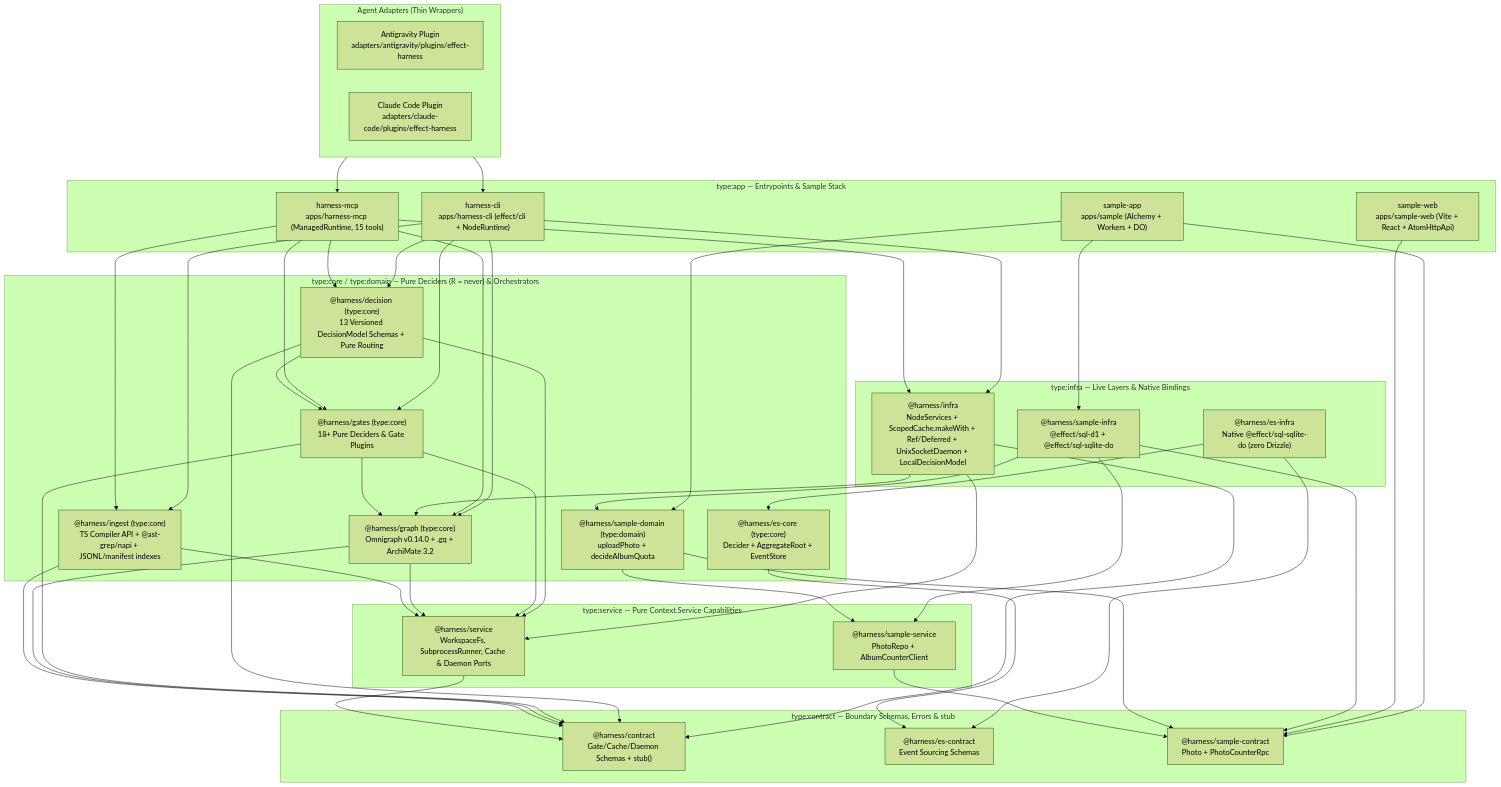
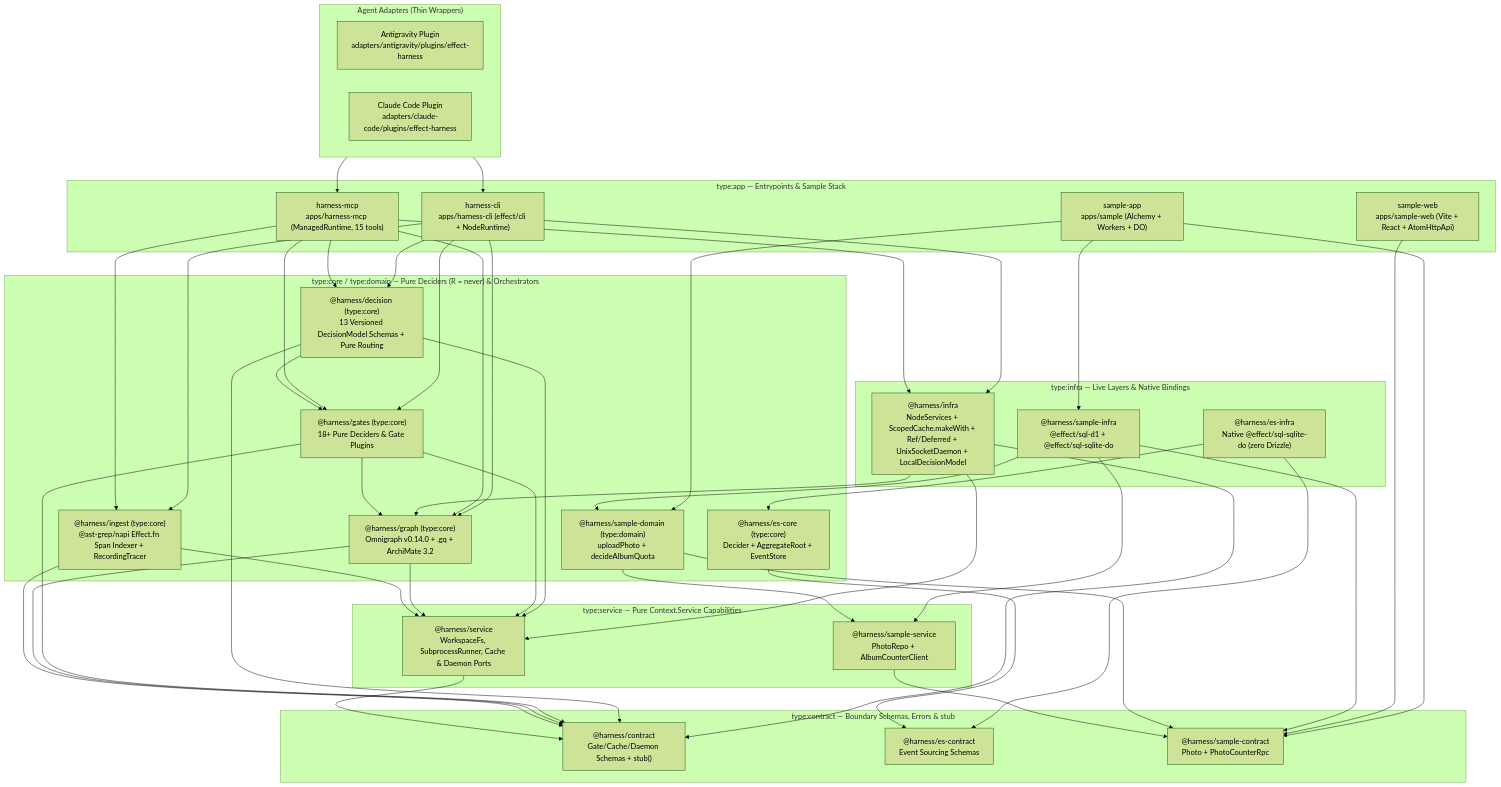
The first of 2 diagrams in README.md (selmeci/effect-ts-harness), drawn with Mermaid (forest theme) before and after one commit. The commit also changed other lines of this file and 67 other files, not shown here.

````diff
--- a/README.md
+++ b/README.md
@@ -31,58 +31,58 @@
 ```mermaid
 flowchart TD
   subgraph Adapters["Agent Adapters (Thin Wrappers)"]
     AGY["Antigravity Plugin\nadapters/antigravity/plugins/effect-harness"]
     CC["Claude Code Plugin\nadapters/claude-code/plugins/effect-harness"]
   end
 
   subgraph Apps["type:app — Entrypoints & Sample Stack"]
     CLI["harness-cli\napps/harness-cli (effect/cli + NodeRuntime)"]
     MCP["harness-mcp\napps/harness-mcp (ManagedRuntime, 15 tools)"]
     SAMPLE["sample-app\napps/sample (Alchemy + Workers + DO)"]
     SAMPLE_WEB["sample-web\napps/sample-web (Vite + React + AtomHttpApi)"]
   end
 
   subgraph Infra["type:infra — Live Layers & Native Bindings"]
     HARNESS_INFRA["@harness/infra\nNodeServices + ScopedCache.makeWith + Ref/Deferred + UnixSocketDaemon + LocalDecisionModel"]
     ES_INFRA["@harness/es-infra\nNative @effect/sql-sqlite-do (zero Drizzle)"]
     SAMPLE_INFRA["@harness/sample-infra\n@effect/sql-d1 + @effect/sql-sqlite-do"]
   end
 
   subgraph CoreDomain["type:core / type:domain — Pure Deciders (R = never) & Orchestrators"]
     GATES["@harness/gates (type:core)\n18+ Pure Deciders & Gate Plugins"]
     GRAPH["@harness/graph (type:core)\nOmnigraph v0.14.0 + .gq + ArchiMate 3.2"]
-    INGEST["@harness/ingest (type:core)\nTS Compiler API + @ast-grep/napi + JSONL/manifest indexes"]
+    INGEST["@harness/ingest (type:core)\n@ast-grep/napi Effect.fn Span Indexer + RecordingTracer"]
     DECISION["@harness/decision (type:core)\n13 Versioned DecisionModel Schemas + Pure Routing"]
     ES_CORE["@harness/es-core (type:core)\nDecider + AggregateRoot + EventStore"]
     SAMPLE_DOM["@harness/sample-domain (type:domain)\nuploadPhoto + decideAlbumQuota"]
   end
 
   subgraph Services["type:service — Pure Context.Service Capabilities"]
     HARNESS_SVC["@harness/service\nWorkspaceFs, SubprocessRunner, Cache & Daemon Ports"]
     SAMPLE_SVC["@harness/sample-service\nPhotoRepo + AlbumCounterClient"]
   end
 
   subgraph Contracts["type:contract — Boundary Schemas, Errors & stub"]
     HARNESS_CON["@harness/contract\nGate/Cache/Daemon Schemas + stub<A,E,R>()"]
     ES_CON["@harness/es-contract\nEvent Sourcing Schemas"]
     SAMPLE_CON["@harness/sample-contract\nPhoto + PhotoCounterRpc"]
   end
 
   Adapters --> CLI
   Adapters --> MCP
   CLI --> HARNESS_INFRA & DECISION & GATES & GRAPH & INGEST
   MCP --> HARNESS_INFRA & DECISION & GATES & GRAPH & INGEST
   HARNESS_INFRA --> GRAPH & HARNESS_SVC & HARNESS_CON
   DECISION --> GATES & HARNESS_SVC & HARNESS_CON
   GATES --> GRAPH & HARNESS_SVC & HARNESS_CON
   GRAPH --> HARNESS_SVC & HARNESS_CON
   INGEST --> HARNESS_SVC & HARNESS_CON
   HARNESS_SVC --> HARNESS_CON
   SAMPLE --> SAMPLE_INFRA & SAMPLE_DOM & SAMPLE_CON
   SAMPLE_WEB --> SAMPLE_CON
   SAMPLE_INFRA --> SAMPLE_DOM & SAMPLE_SVC & SAMPLE_CON
   SAMPLE_DOM --> SAMPLE_SVC & SAMPLE_CON
   SAMPLE_SVC --> SAMPLE_CON
   ES_INFRA --> ES_CORE & ES_CON
   ES_CORE --> ES_CON
 ```
````
